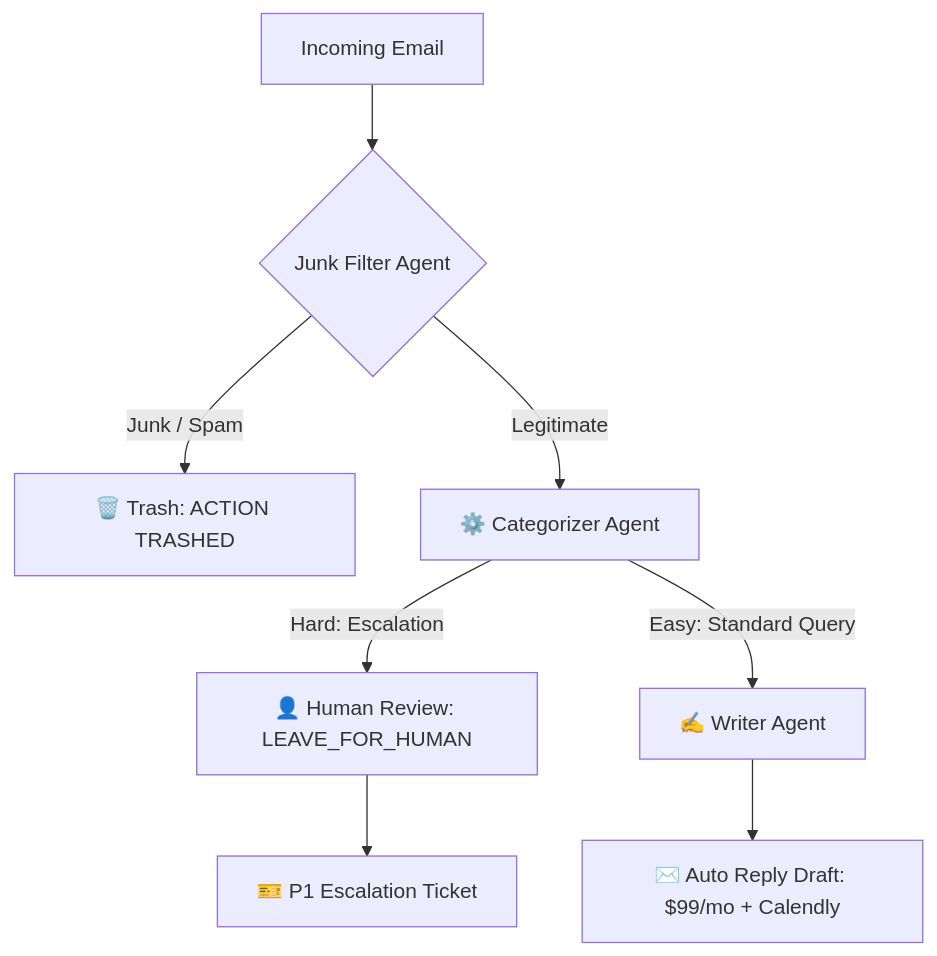
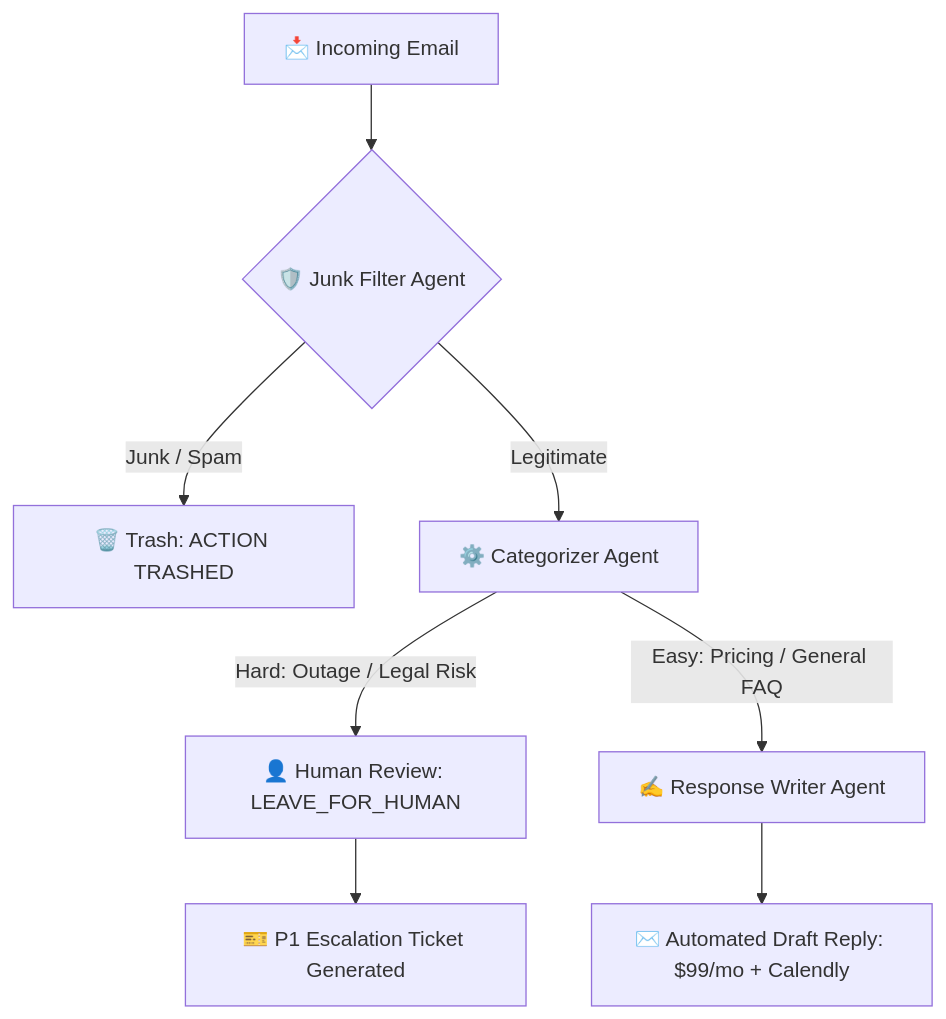
The diagram in README.md (satyanarayana51115/autonomous-email-triage-agent), drawn with Mermaid before and after one commit. The commit also changed other lines of this file, not shown here.

Commit message:
Update flowchart in README for clarity and emojis

````diff
--- a/README.md
+++ b/README.md
@@ -28,18 +28,18 @@
 ```mermaid
-flowchart TB
-    A[Incoming Email] --> B{Junk Filter Agent}
+flowchart TD
+    A[📩 Incoming Email] --> B{🛡️ Junk Filter Agent}
     
-    %% Junk Path
-    B -- Junk / Spam --> C[🗑️ Trash: ACTION TRASHED]
+    %% Junk Branch
+    B -->|Junk / Spam| C[🗑️ Trash: ACTION TRASHED]
     
-    %% Legitimate Path
-    B -- Legitimate --> D[⚙️ Categorizer Agent]
+    %% Legitimate Branch
+    B -->|Legitimate| D[⚙️ Categorizer Agent]
     
-    %% Categorization Paths
-    D -- Hard: Escalation --> E[👤 Human Review: LEAVE_FOR_HUMAN]
-    D -- Easy: Standard Query --> F[✍️ Writer Agent]
+    %% Categorization Decisions
+    D -->|Hard: Outage / Legal Risk| E[👤 Human Review: LEAVE_FOR_HUMAN]
+    D -->|Easy: Pricing / General FAQ| F[✍️ Response Writer Agent]
     
-    %% Final Actions
-    E --> G[🎫 P1 Escalation Ticket]
-    F --> H[✉️ Auto Reply Draft: $99/mo + Calendly]
+    %% Final Outcomes
+    E --> G[🎫 P1 Escalation Ticket Generated]
+    F --> H[✉️ Automated Draft Reply: $99/mo + Calendly]
 ```
````
